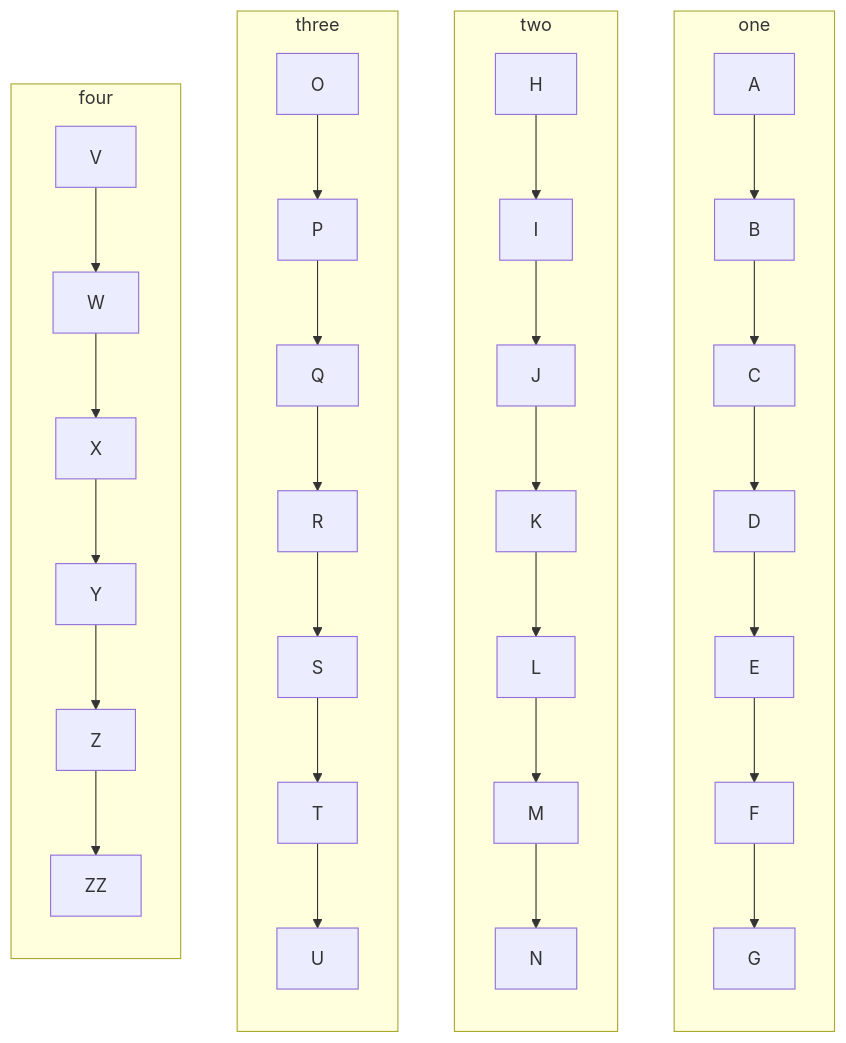
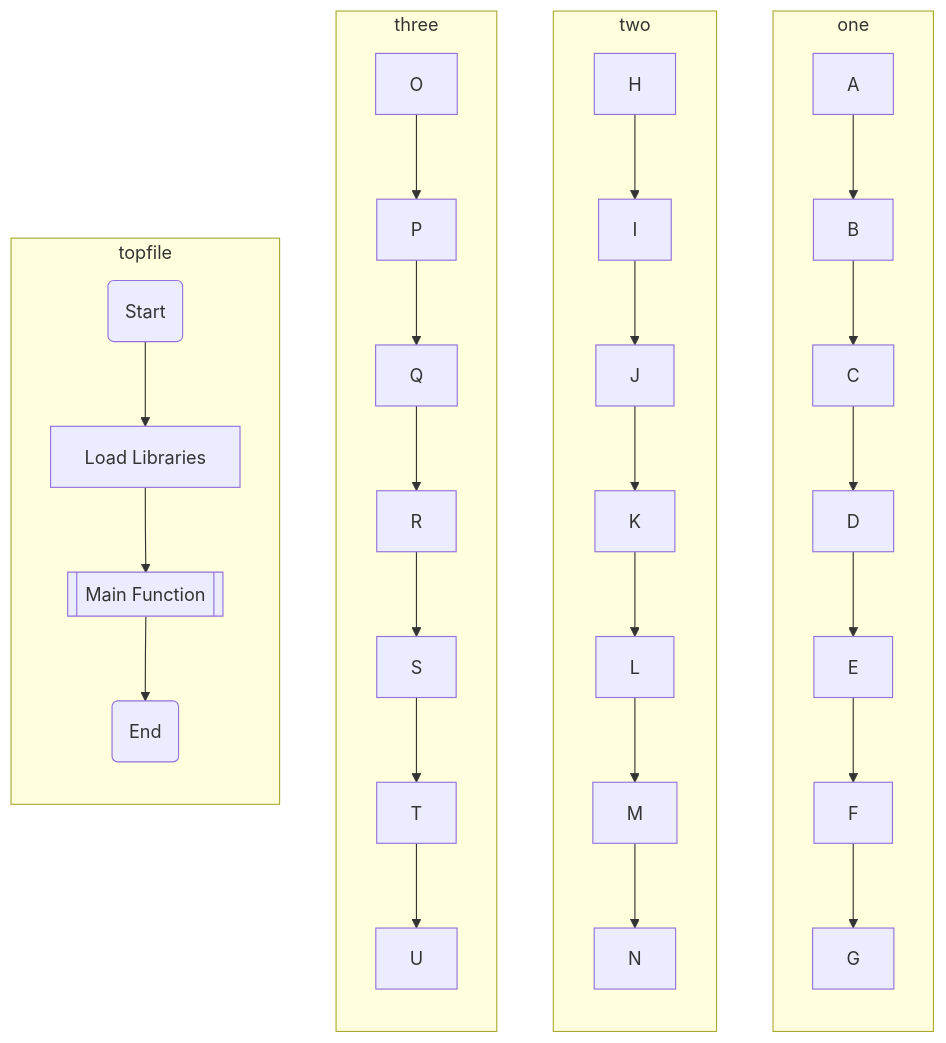
One commit to brolonium210/ENGR101_MD changed the diagram in project01FlowchartCore.md. Above: the diagram before and after it, drawn with Mermaid.

````diff
--- a/project01FlowchartCore.md
+++ b/project01FlowchartCore.md
@@ -1,39 +1,37 @@
 ```mermaid
 
 flowchart TB
 subgraph one
 direction TB
 A-->B
 B-->C
 C-->D
 D-->E
 E-->F
 F-->G
 end
 subgraph two
 direction TB 
 H-->I
 I-->J
 J-->K
 K-->L
 L-->M
 M-->N
 end
 subgraph three
 direction TB 
 O-->P
 P-->Q
 Q-->R
 R-->S
 S-->T
 T-->U
 end
-subgraph four
+subgraph topfile
 direction TB 
-V-->W
-W-->X
-X-->Y
-Y-->Z
-Z-->ZZ
+V(Start)-->W[Load Libraries]
+W-->X[[Main Function]]
+X-->Y(End)
 end
 ```
````
